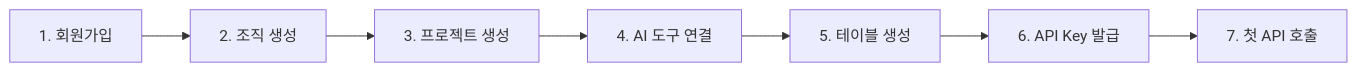
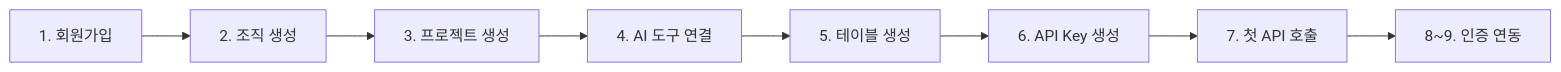
Before and after one commit to popup-studio-ai/bkend-docs: the diagram in ko/getting-started/02-quickstart.md, drawn with Mermaid. The commit also changed other lines of this file and 365 other files, not shown here.

````diff
--- a/ko/getting-started/02-quickstart.md
+++ b/ko/getting-started/02-quickstart.md
@@ -15,9 +15,10 @@
 ```mermaid
 flowchart LR
     A[1. 회원가입] --> B[2. 조직 생성]
     B --> C[3. 프로젝트 생성]
     C --> D[4. AI 도구 연결]
     D --> E[5. 테이블 생성]
-    E --> F[6. API Key 발급]
+    E --> F[6. API Key 생성]
     F --> G[7. 첫 API 호출]
+    G --> H[8~9. 인증 연동]
 ```
````
